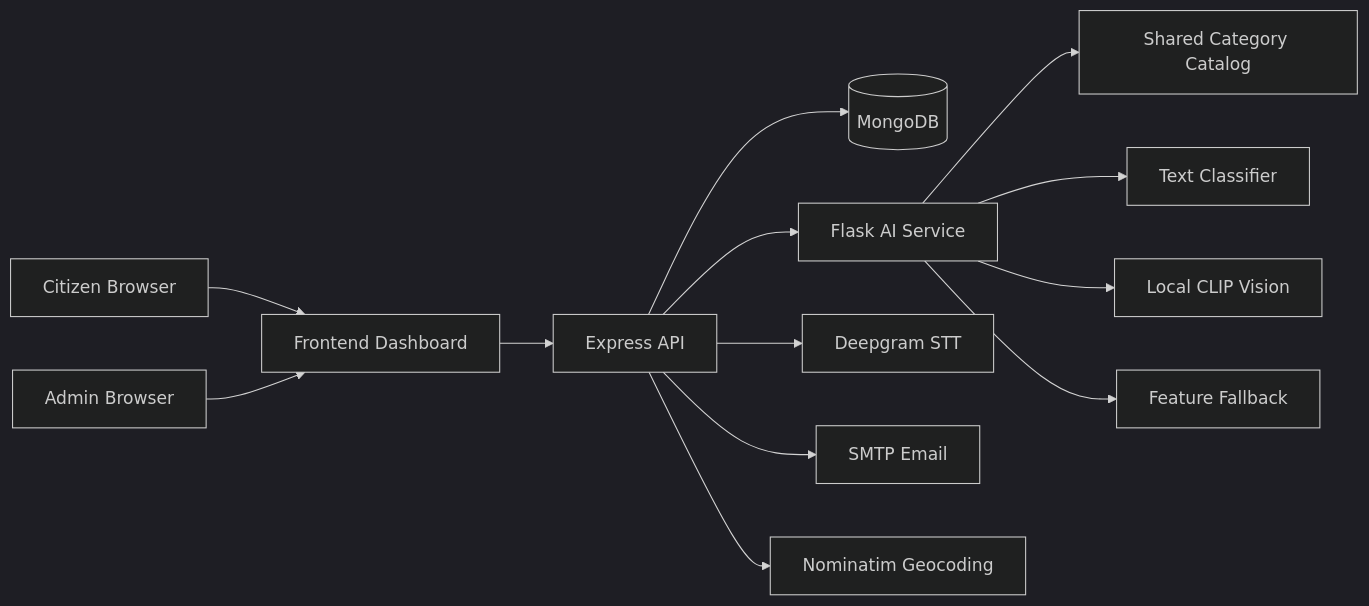
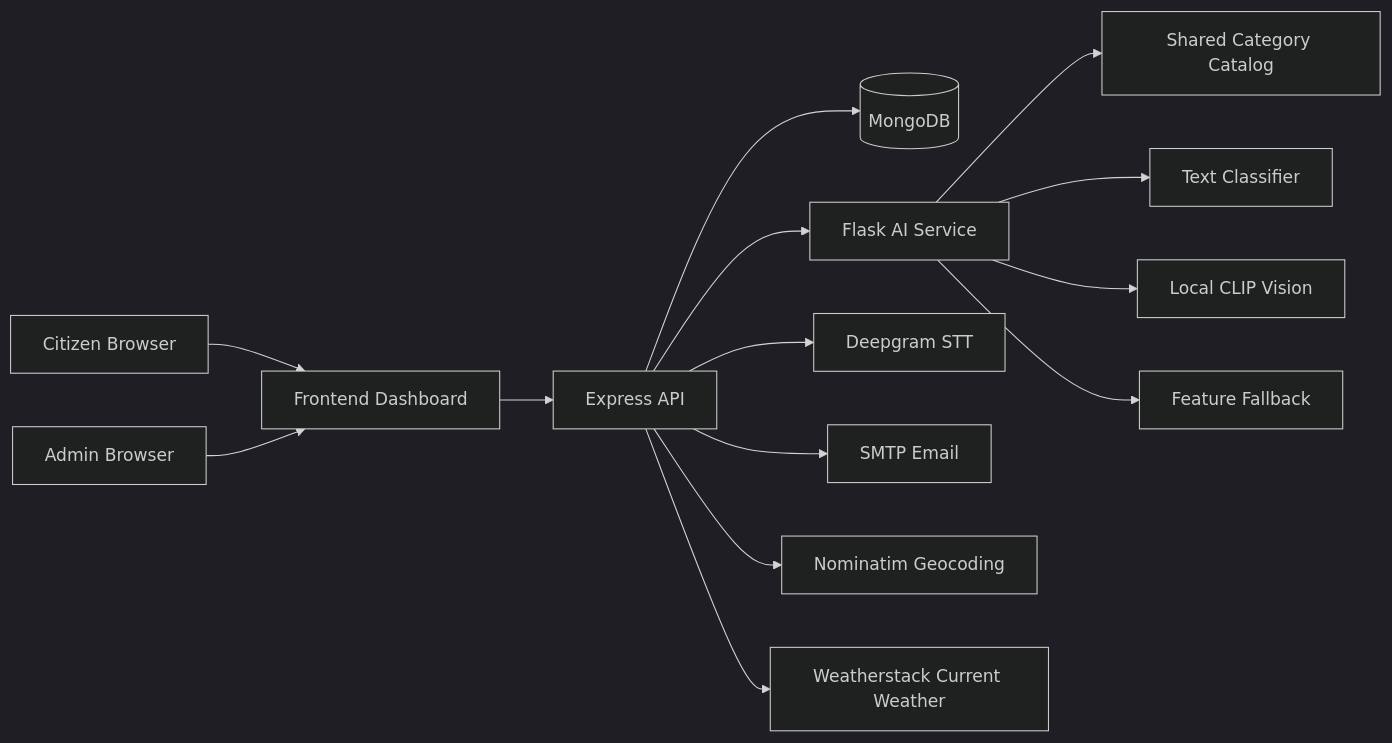
Before and after one commit to Shreyas0047/Urban-Pulse-Ai: the first of 2 diagrams in README.md, drawn with Mermaid (dark theme). The commit also changed other lines of this file, not shown here.

````diff
--- a/README.md
+++ b/README.md
@@ -34,15 +35,16 @@
 ```mermaid
 flowchart LR
     Citizen[Citizen Browser] --> Frontend[Frontend Dashboard]
     Admin[Admin Browser] --> Frontend
     Frontend --> Express[Express API]
     Express --> Mongo[(MongoDB)]
     Express --> Flask[Flask AI Service]
     Flask --> Catalog[Shared Category Catalog]
     Flask --> TextAI[Text Classifier]
     Flask --> VisionAI[Local CLIP Vision]
     Flask --> VisionFallback[Feature Fallback]
     Express --> Deepgram[Deepgram STT]
     Express --> SMTP[SMTP Email]
     Express --> Geo[Nominatim Geocoding]
+    Express --> Weather[Weatherstack Current Weather]
 ```
````
